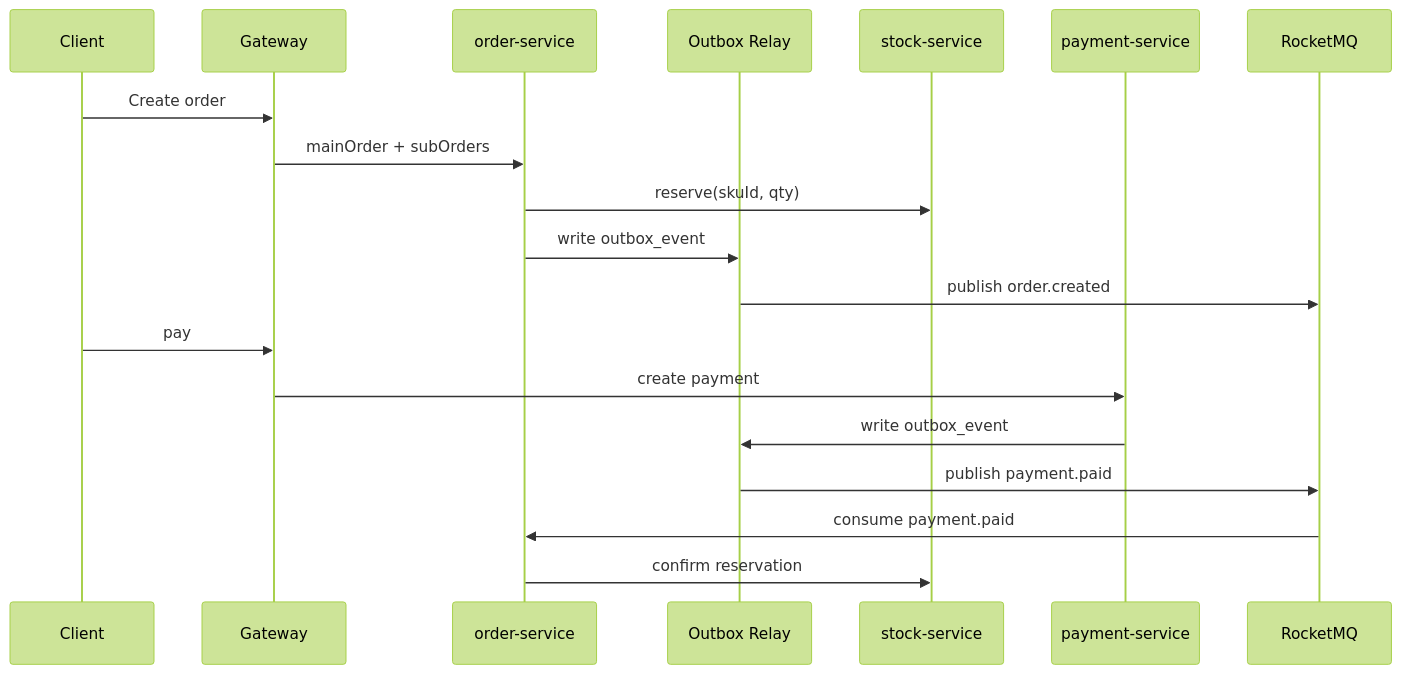
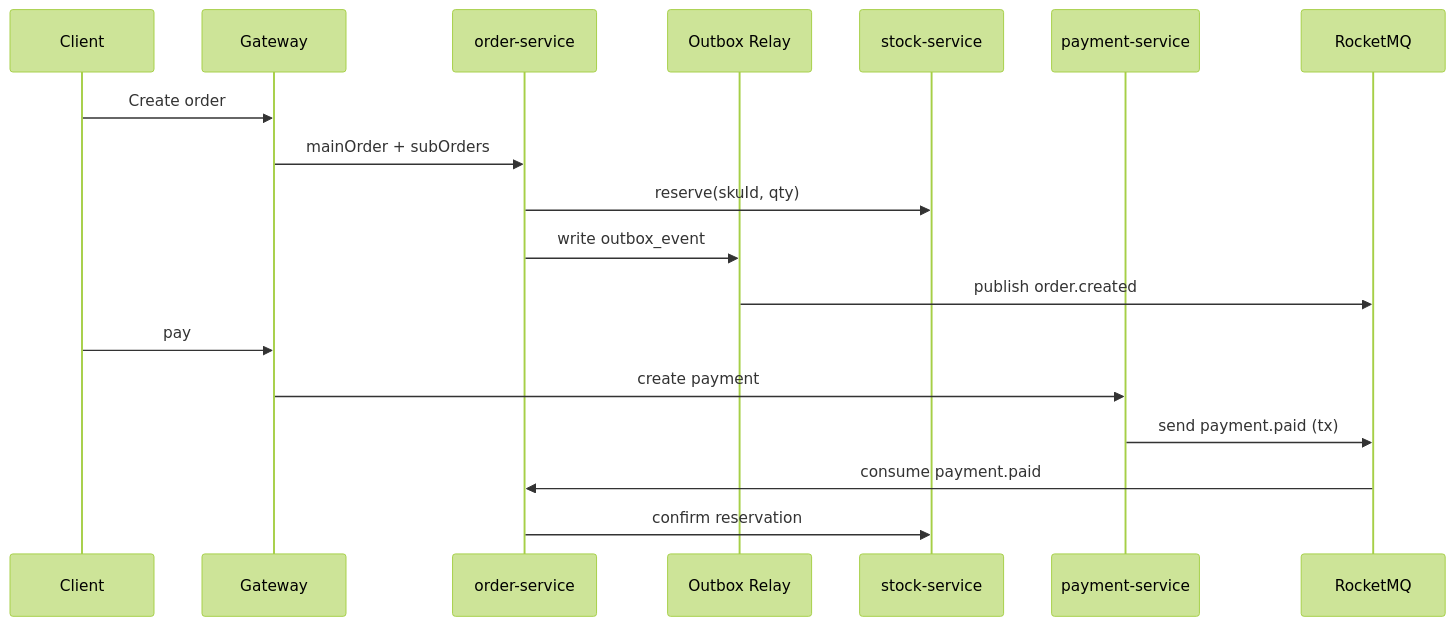
The second of 2 diagrams in README.md (USERON8/cloud), drawn with Mermaid (forest theme) before and after one commit. The commit also changed other lines of this file and 2 other files, not shown here.

````diff
--- a/README.md
+++ b/README.md
@@ -169,22 +168,21 @@
 ```mermaid
 sequenceDiagram
     participant C as Client
     participant GW as Gateway
     participant O as order-service
     participant OB as Outbox Relay
     participant S as stock-service
     participant P as payment-service
     participant MQ as RocketMQ
 
     C->>GW: Create order
     GW->>O: mainOrder + subOrders
     O->>S: reserve(skuId, qty)
     O->>OB: write outbox_event
     OB->>MQ: publish order.created
     C->>GW: pay
     GW->>P: create payment
-    P->>OB: write outbox_event
-    OB->>MQ: publish payment.paid
+    P->>MQ: send payment.paid (tx)
     MQ->>O: consume payment.paid
     O->>S: confirm reservation
 ```
````
